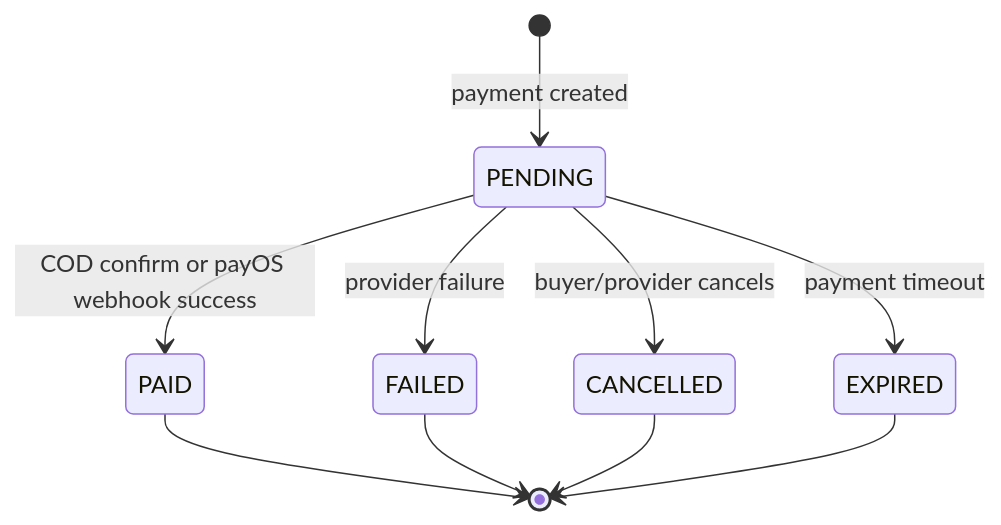
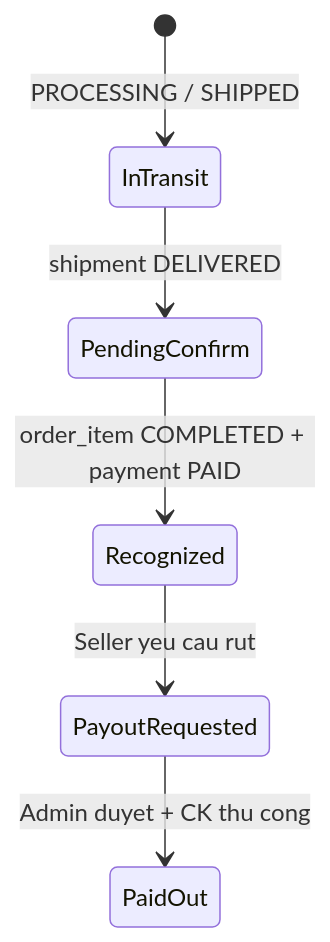
One commit to Kietptk2k4/2Hand_Projects changed the first of 2 diagrams in docs/business_flow/commerce_business_flow/seller-finance-cod-payout-flow.md. Above: the diagram before and after it, drawn with Mermaid. The commit also changed other lines of this file and 370 other files, not shown here.

````diff
--- a/docs/business_flow/commerce_business_flow/seller-finance-cod-payout-flow.md
+++ b/docs/business_flow/commerce_business_flow/seller-finance-cod-payout-flow.md
@@ -108,12 +134,8 @@
 ```mermaid
 stateDiagram-v2
-    [*] --> PENDING: payment created
-    PENDING --> PAID: COD confirm or payOS webhook success
-    PENDING --> FAILED: provider failure
-    PENDING --> CANCELLED: buyer/provider cancels
-    PENDING --> EXPIRED: payment timeout
-    PAID --> [*]
-    FAILED --> [*]
-    CANCELLED --> [*]
-    EXPIRED --> [*]
+    [*] --> InTransit: PROCESSING / SHIPPED
+    InTransit --> PendingConfirm: shipment DELIVERED
+    PendingConfirm --> Recognized: order_item COMPLETED + payment PAID
+    Recognized --> PayoutRequested: Seller yeu cau rut
+    PayoutRequested --> PaidOut: Admin duyet + CK thu cong
 ```
````
